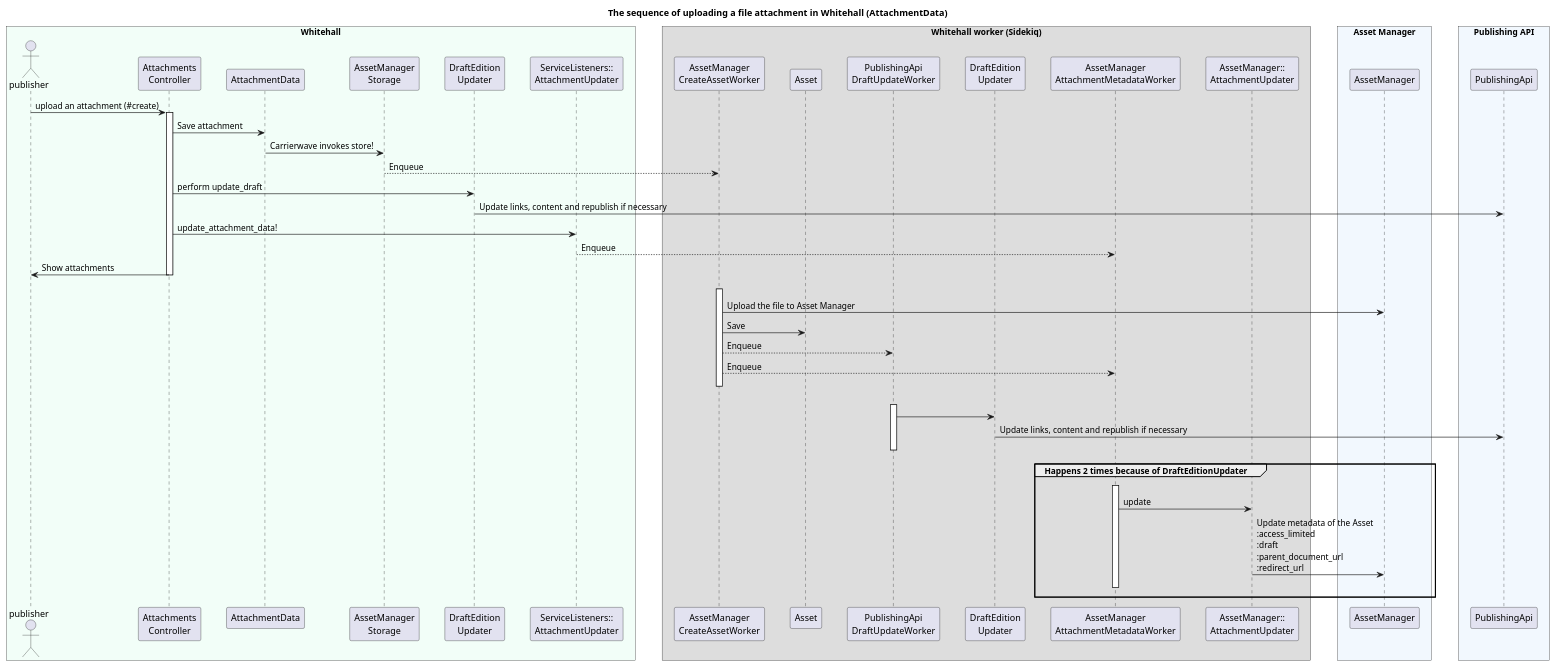
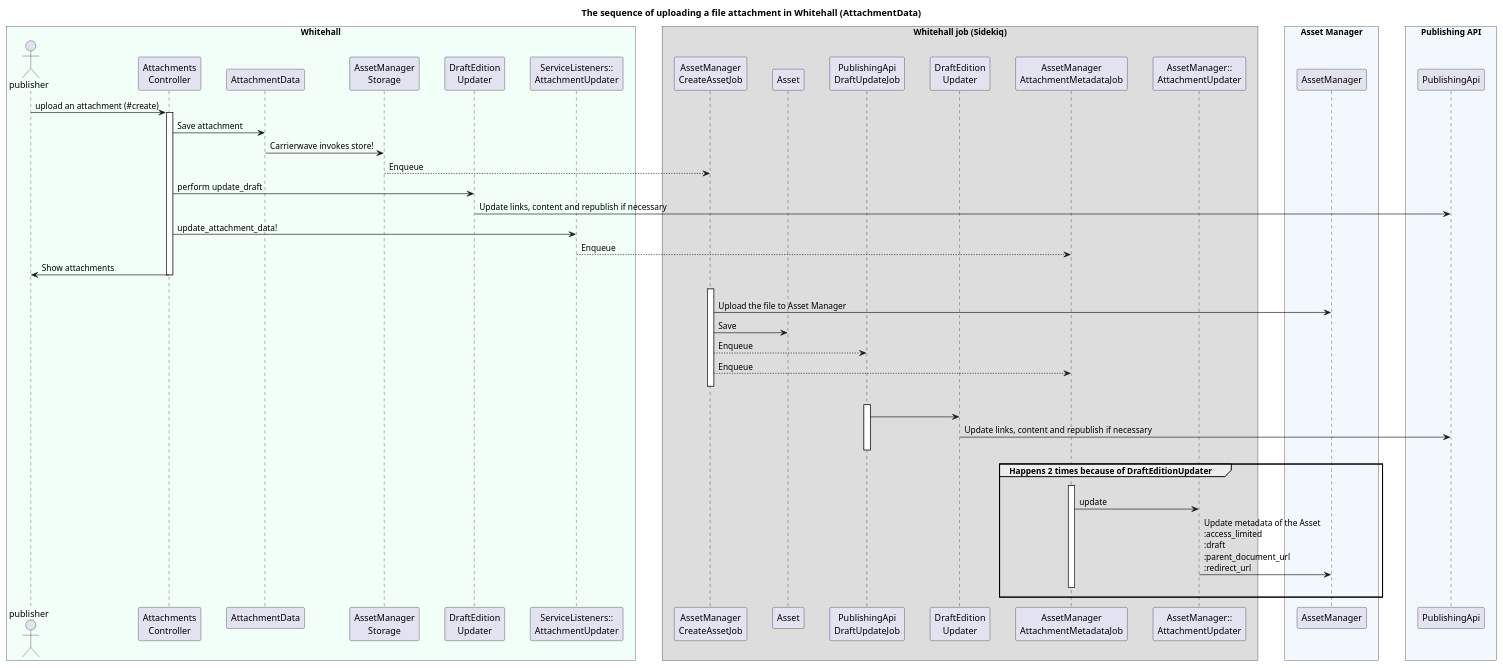
The diagram in docs/diagrams/asset_attachment_upload_flow.puml (alphagov/whitehall), drawn with PlantUML before and after one commit. The commit also changed 296 other files, not shown here.

Commit message:
Rename worker with job

```diff
--- a/docs/diagrams/asset_attachment_upload_flow.puml
+++ b/docs/diagrams/asset_attachment_upload_flow.puml
@@ -1,62 +1,62 @@
 @startuml asset_attachment_upload_flow
 
 title The sequence of uploading a file attachment in Whitehall (AttachmentData)
 skinparam BoxPadding 20
 skinparam ParticipantPadding 15
 
 box "Whitehall" #f2fef8
 actor publisher
 participant "Attachments\nController" as Controller
 participant AttachmentData
 participant "AssetManager\nStorage" as AssetManagerStorage
 participant "DraftEdition\nUpdater" as DraftEditionUpdater
 participant "ServiceListeners::\nAttachmentUpdater" as slAttachmentUpdater
 end box
 
-box Whitehall worker (Sidekiq)
-participant "AssetManager\nCreateAssetWorker" as AssetManagerCreateAssetWorker
+box Whitehall job (Sidekiq)
+participant "AssetManager\nCreateAssetJob" as AssetManagerCreateAssetJob
 participant Asset
-participant "PublishingApi\nDraftUpdateWorker" as PublishingApiDraftUpdateWorker
+participant "PublishingApi\nDraftUpdateJob" as PublishingApiDraftUpdateJob
 participant "DraftEdition\nUpdater" as bgDraftEditionUpdater
-participant "AssetManager\nAttachmentMetadataWorker" as AssetManagerAttachmentMetadataWorker
+participant "AssetManager\nAttachmentMetadataJob" as AssetManagerAttachmentMetadataJob
 participant "AssetManager::\nAttachmentUpdater" as amAttachmentUpdater
 end box
 
 box "Asset Manager" #f2f8fe
 participant AssetManager
 end box
 
 box "Publishing API" #f2f8fe
 participant PublishingApi
 end box
 
 publisher -> Controller++ : upload an attachment (#create)
 Controller -> AttachmentData : Save attachment
 AttachmentData -> AssetManagerStorage : Carrierwave invokes store!
-AssetManagerStorage --> AssetManagerCreateAssetWorker : Enqueue
+AssetManagerStorage --> AssetManagerCreateAssetJob : Enqueue
 Controller -> DraftEditionUpdater : perform update_draft
 DraftEditionUpdater -> PublishingApi : Update links, content and republish if necessary
 Controller -> slAttachmentUpdater : update_attachment_data!
-slAttachmentUpdater --> AssetManagerAttachmentMetadataWorker: Enqueue
+slAttachmentUpdater --> AssetManagerAttachmentMetadataJob: Enqueue
 Controller -> publisher-- : Show attachments
 
-AssetManagerCreateAssetWorker -[hidden]> AssetManagerCreateAssetWorker++
-AssetManagerCreateAssetWorker -> AssetManager : Upload the file to Asset Manager
-AssetManagerCreateAssetWorker -> Asset: Save
-AssetManagerCreateAssetWorker --> PublishingApiDraftUpdateWorker : Enqueue
-AssetManagerCreateAssetWorker --> AssetManagerAttachmentMetadataWorker : Enqueue
-AssetManagerCreateAssetWorker -[hidden]> AssetManagerCreateAssetWorker--
+AssetManagerCreateAssetJob -[hidden]> AssetManagerCreateAssetJob++
+AssetManagerCreateAssetJob -> AssetManager : Upload the file to Asset Manager
+AssetManagerCreateAssetJob -> Asset: Save
+AssetManagerCreateAssetJob --> PublishingApiDraftUpdateJob : Enqueue
+AssetManagerCreateAssetJob --> AssetManagerAttachmentMetadataJob : Enqueue
+AssetManagerCreateAssetJob -[hidden]> AssetManagerCreateAssetJob--
 
-PublishingApiDraftUpdateWorker -[hidden]> PublishingApiDraftUpdateWorker++
-PublishingApiDraftUpdateWorker -> bgDraftEditionUpdater
+PublishingApiDraftUpdateJob -[hidden]> PublishingApiDraftUpdateJob++
+PublishingApiDraftUpdateJob -> bgDraftEditionUpdater
 bgDraftEditionUpdater -> PublishingApi : Update links, content and republish if necessary
-PublishingApiDraftUpdateWorker -[hidden]> PublishingApiDraftUpdateWorker--
+PublishingApiDraftUpdateJob -[hidden]> PublishingApiDraftUpdateJob--
 
 group Happens 2 times because of DraftEditionUpdater
-  AssetManagerAttachmentMetadataWorker -[hidden]> AssetManagerAttachmentMetadataWorker++
-  AssetManagerAttachmentMetadataWorker -> amAttachmentUpdater : update
+  AssetManagerAttachmentMetadataJob -[hidden]> AssetManagerAttachmentMetadataJob++
+  AssetManagerAttachmentMetadataJob -> amAttachmentUpdater : update
   amAttachmentUpdater -> AssetManager: Update metadata of the Asset\n:access_limited\n:draft\n:parent_document_url\n:redirect_url
-  AssetManagerAttachmentMetadataWorker -[hidden]> AssetManagerAttachmentMetadataWorker--
+  AssetManagerAttachmentMetadataJob -[hidden]> AssetManagerAttachmentMetadataJob--
 end group
 
 @enduml
```
